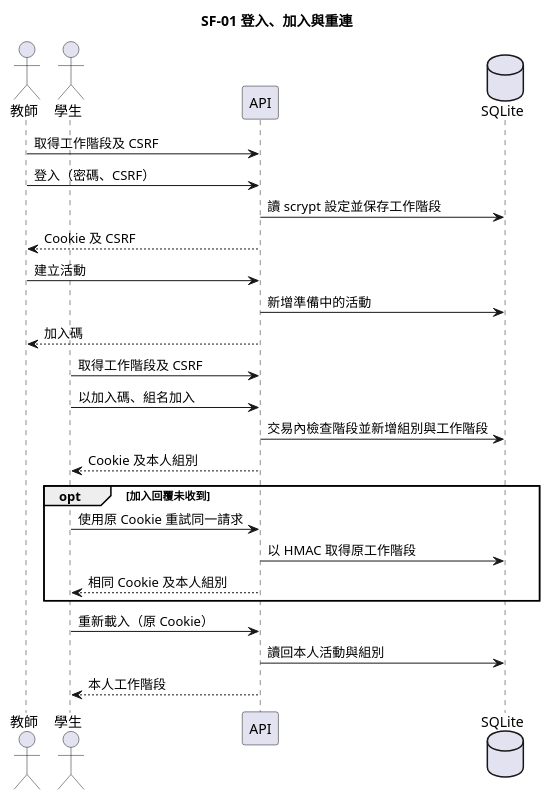
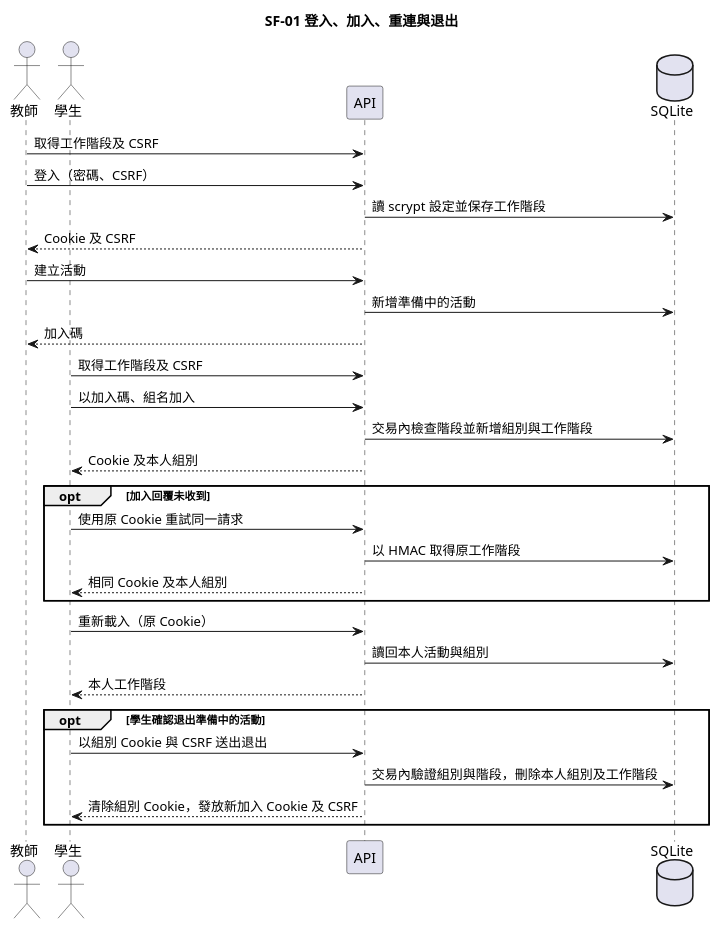
One commit to tom1030507/classroom-buzzer-system-speckit changed the diagram in diagrams/001-activity-groups-sequence.puml. Above: the diagram before and after it, drawn with PlantUML. The commit also changed 16 other files, not shown here.

```diff
--- a/diagrams/001-activity-groups-sequence.puml
+++ b/diagrams/001-activity-groups-sequence.puml
@@ -1,27 +1,32 @@
 @startuml
 skinparam shadowing false
-title SF-01 登入、加入與重連
+title SF-01 登入、加入、重連與退出
 actor 教師
 actor 學生
 participant API
 database SQLite
 教師 -> API : 取得工作階段及 CSRF
 教師 -> API : 登入（密碼、CSRF）
 API -> SQLite : 讀 scrypt 設定並保存工作階段
 API --> 教師 : Cookie 及 CSRF
 教師 -> API : 建立活動
 API -> SQLite : 新增準備中的活動
 API --> 教師 : 加入碼
 學生 -> API : 取得工作階段及 CSRF
 學生 -> API : 以加入碼、組名加入
 API -> SQLite : 交易內檢查階段並新增組別與工作階段
 API --> 學生 : Cookie 及本人組別
 opt 加入回覆未收到
 學生 -> API : 使用原 Cookie 重試同一請求
 API -> SQLite : 以 HMAC 取得原工作階段
 API --> 學生 : 相同 Cookie 及本人組別
 end
 學生 -> API : 重新載入（原 Cookie）
 API -> SQLite : 讀回本人活動與組別
 API --> 學生 : 本人工作階段
+opt 學生確認退出準備中的活動
+學生 -> API : 以組別 Cookie 與 CSRF 送出退出
+API -> SQLite : 交易內驗證組別與階段，刪除本人組別及工作階段
+API --> 學生 : 清除組別 Cookie，發放新加入 Cookie 及 CSRF
+end
 @enduml
```
